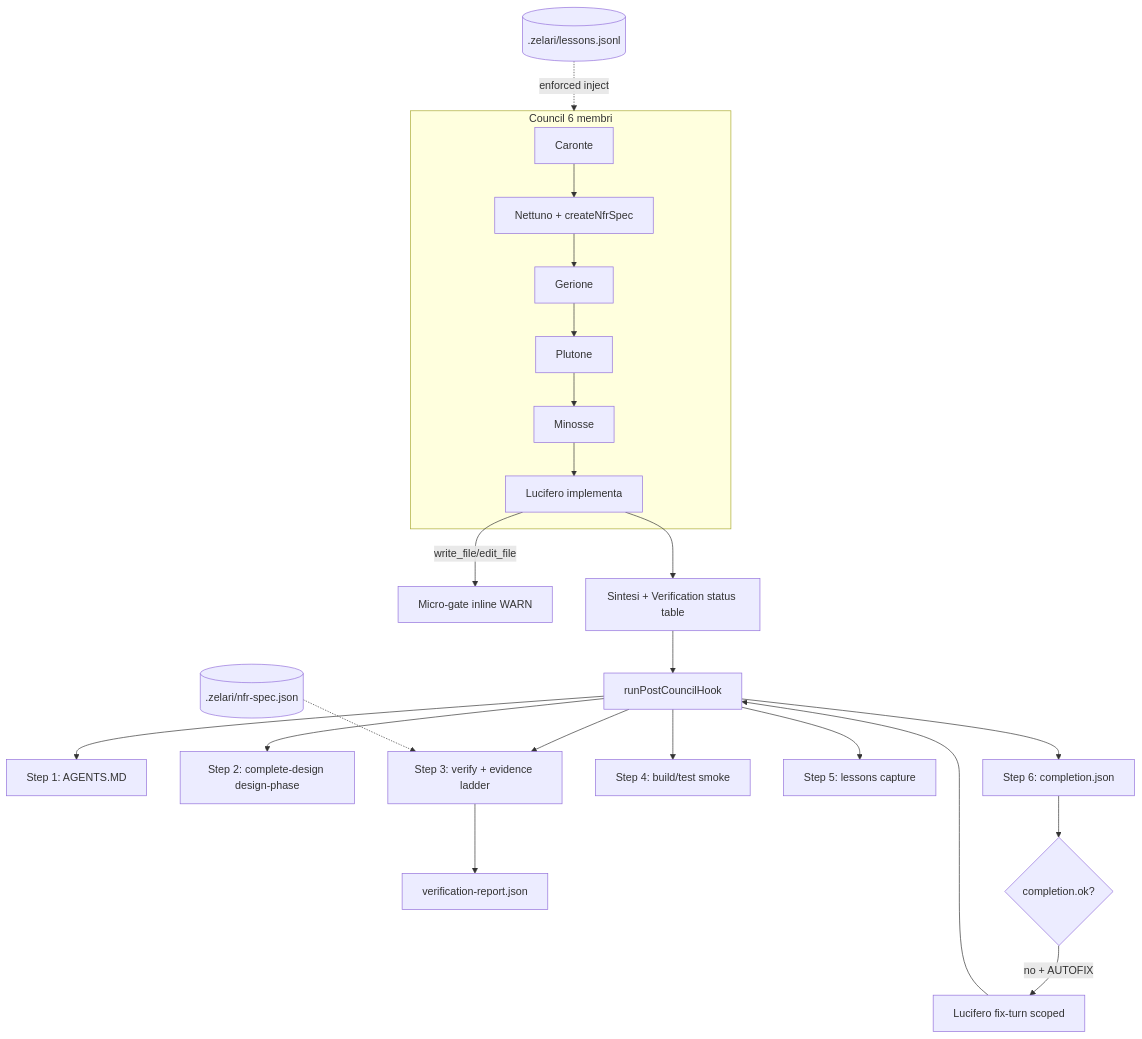
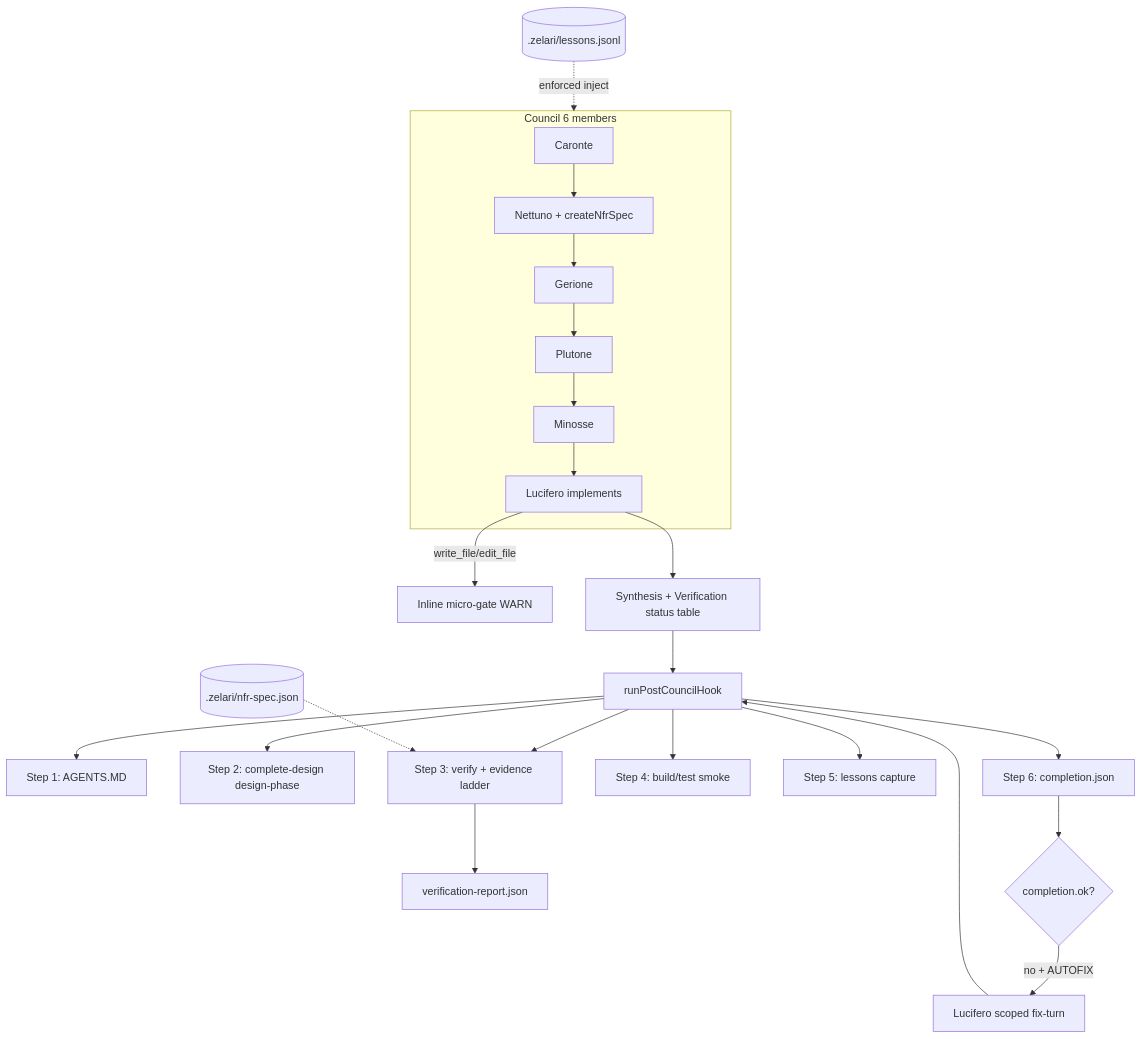
One commit to N-THEM-Studio/zelari-code changed the diagram in docs/plans/2026-07-05-council-complete-delivery-roadmap.md. Above: the diagram before and after it, drawn with Mermaid. The commit also changed other lines of this file and 4 other files, not shown here.

Commit message:
docs(i18n): translate remaining 5 historical plans to English (closure, zelari-mode/memory guide, sidecar fix plan, delivery roadmap, v0.4.0 audit)

````diff
--- a/docs/plans/2026-07-05-council-complete-delivery-roadmap.md
+++ b/docs/plans/2026-07-05-council-complete-delivery-roadmap.md
@@ -59,27 +59,27 @@
 ```mermaid
 flowchart TB
-    subgraph council [Council 6 membri]
+    subgraph council [Council 6 members]
         C[Caronte] --> N[Nettuno + createNfrSpec]
         N --> G[Gerione] --> P[Plutone] --> M[Minosse]
-        M --> L[Lucifero implementa]
+        M --> L[Lucifero implements]
     end
 
-    L -->|write_file/edit_file| Micro[Micro-gate inline WARN]
-    L --> Synth[Sintesi + Verification status table]
+    L -->|write_file/edit_file| Micro[Inline micro-gate WARN]
+    L --> Synth[Synthesis + Verification status table]
 
     Synth --> Hook[runPostCouncilHook]
     Hook --> S1[Step 1: AGENTS.MD]
     Hook --> S2[Step 2: complete-design design-phase]
     Hook --> S3[Step 3: verify + evidence ladder]
     Hook --> S4[Step 4: build/test smoke]
     Hook --> S5[Step 5: lessons capture]
     Hook --> S6[Step 6: completion.json]
 
     S3 --> Report[verification-report.json]
     S6 --> Done{completion.ok?}
-    Done -->|no + AUTOFIX| Retry[Lucifero fix-turn scoped]
+    Done -->|no + AUTOFIX| Retry[Lucifero scoped fix-turn]
     Retry --> Hook
 
     Lessons[(.zelari/lessons.jsonl)] -.->|enforced inject| council
     Nfr[(.zelari/nfr-spec.json)] -.-> S3
 ```
````
